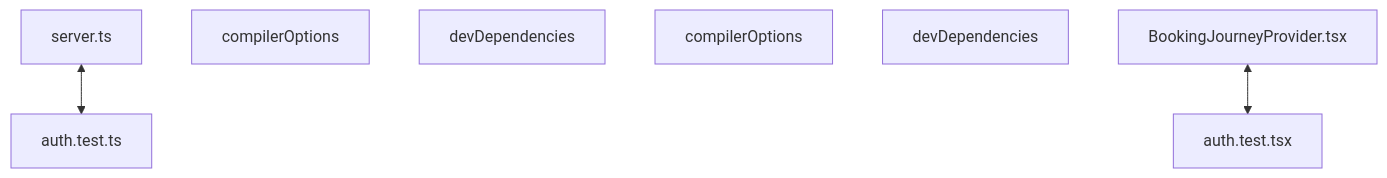
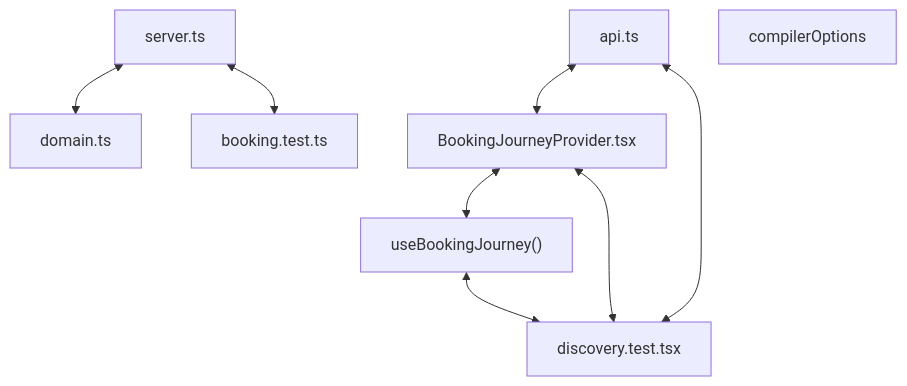
Before and after one commit to sel-nexus/bookmyshow-replica-2623135647: the diagram in graphify-out/GRAPH_REPORT.md, drawn with Mermaid. The commit also changed other lines of this file and 12 other files, not shown here.

Commit message:
docs(release): document verified interactive booking flow

````diff
--- a/graphify-out/GRAPH_REPORT.md
+++ b/graphify-out/GRAPH_REPORT.md
@@ -48,13 +48,18 @@
 ```mermaid
 flowchart TD
     backend_src_server["server.ts"]
+    frontend_lib_api["api.ts"]
+    frontend_state_bookingjourneyprovider["BookingJourneyProvider.tsx"]
+    backend_src_types_domain["domain.ts"]
+    frontend_state_bookingjourneyprovider_usebookingjourney["useBookingJourney()"]
     frontend_tsconfig_compileroptions["compilerOptions"]
-    frontend_tests_auth_test["auth.test.tsx"]
-    backend_package_devdependencies["devDependencies"]
-    backend_tsconfig_compileroptions["compilerOptions"]
-    frontend_package_devdependencies["devDependencies"]
-    frontend_state_bookingjourneyprovider["BookingJourneyProvider.tsx"]
-    backend_tests_auth_test["auth.test.ts"]
-    backend_src_server <--> backend_tests_auth_test
-    frontend_state_bookingjourneyprovider <--> frontend_tests_auth_test
+    frontend_tests_discovery_test["discovery.test.tsx"]
+    backend_tests_booking_test["booking.test.ts"]
+    backend_src_server <--> backend_src_types_domain
+    backend_src_server <--> backend_tests_booking_test
+    frontend_lib_api <--> frontend_state_bookingjourneyprovider
+    frontend_lib_api <--> frontend_tests_discovery_test
+    frontend_state_bookingjourneyprovider <--> frontend_state_bookingjourneyprovider_usebookingjourney
+    frontend_state_bookingjourneyprovider <--> frontend_tests_discovery_test
+    frontend_state_bookingjourneyprovider_usebookingjourney <--> frontend_tests_discovery_test
 ```
````
